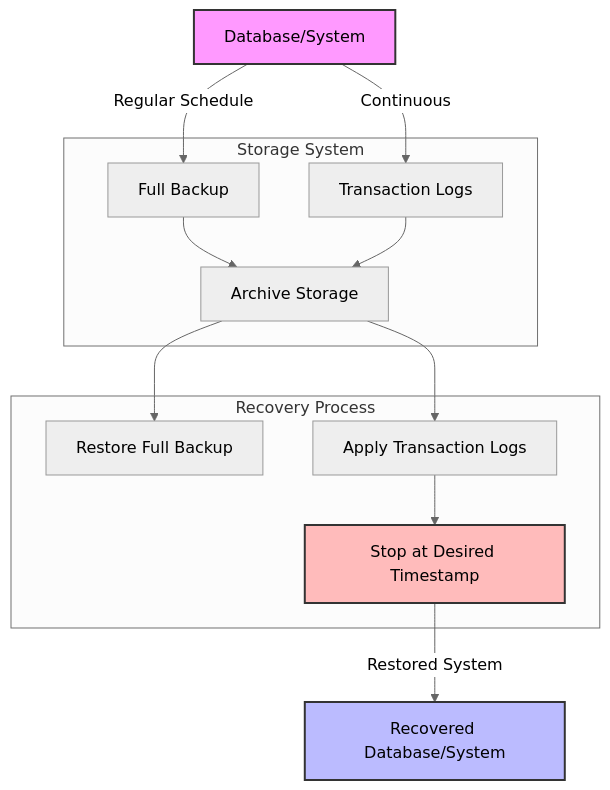
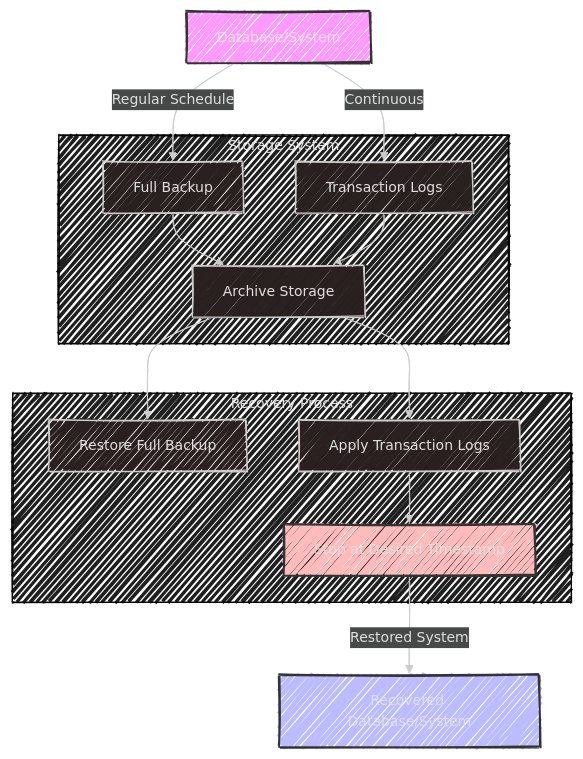
Before and after one commit to ojitha/ojitha.github.io: the second of 2 diagrams in _posts/2025-02-26-AWS_PITR.md, drawn with Mermaid. The commit also changed other lines of this file, not shown here.

Commit message:
changed the configuration of the mermaid.

````diff
--- a/_posts/2025-02-26-AWS_PITR.md
+++ b/_posts/2025-02-26-AWS_PITR.md
@@ -105,32 +108,36 @@
 ```mermaid
-%%{init: {'theme': 'neutral' } }%%
+---
+config:
+  theme: neo-dark
+  look: handDrawn
+---
 flowchart TD
     A[Database/System] -->|Regular Schedule| B[Full Backup]
     A -->|Continuous| C[Transaction Logs]
     
     subgraph "Storage System"
         B
         C
         D[Archive Storage]
     end
     
     B --> D
     C --> D
     
     subgraph "Recovery Process"
         E[Restore Full Backup]
         F[Apply Transaction Logs]
         G[Stop at Desired Timestamp]
     end
     
     D --> E
     D --> F
     F --> G
     
     G -->|Restored System| H[Recovered Database/System]
     
     style A fill:#f9f,stroke:#333,stroke-width:2px
     style H fill:#bbf,stroke:#333,stroke-width:2px
     style G fill:#fbb,stroke:#333,stroke-width:2px
 
 ```
````
